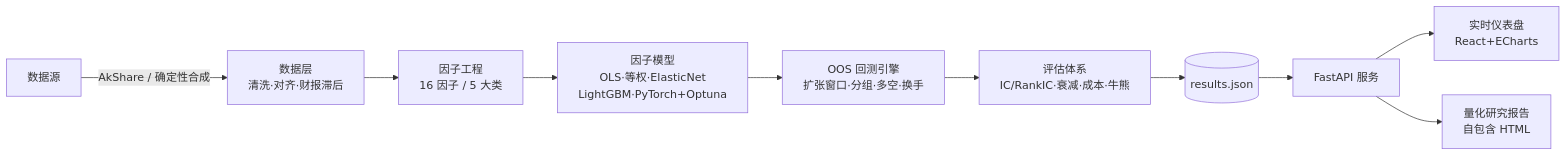
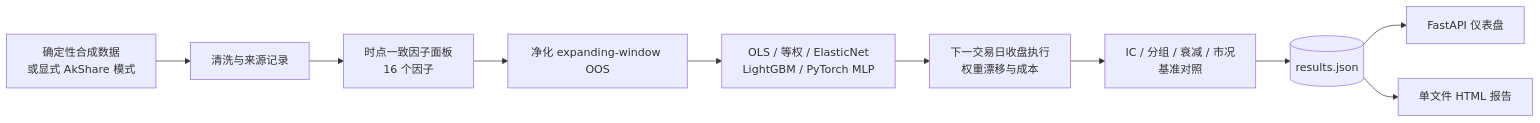
One commit to dev-belly/ashare-multifactor-research changed the diagram in README.zh-CN.md. Above: the diagram before and after it, drawn with Mermaid. The commit also changed other lines of this file and 62 other files, not shown here.

````diff
--- a/README.zh-CN.md
+++ b/README.zh-CN.md
@@ -63,12 +45,12 @@
 ```mermaid
 flowchart LR
-    A[数据源] -->|AkShare / 确定性合成| B[数据层<br/>清洗·对齐·财报滞后]
-    B --> C[因子工程<br/>16 因子 / 5 大类]
-    C --> D[因子模型<br/>OLS·等权·ElasticNet<br/>LightGBM·PyTorch+Optuna]
-    D --> E[OOS 回测引擎<br/>扩张窗口·分组·多空·换手]
-    E --> F[评估体系<br/>IC/RankIC·衰减·成本·牛熊]
-    F --> G[(results.json)]
-    G --> H[FastAPI 服务]
-    H --> I[实时仪表盘<br/>React+ECharts]
-    H --> J[量化研究报告<br/>自包含 HTML]
+    A[确定性合成数据<br/>或显式 AkShare 模式] --> B[清洗与来源记录]
+    B --> C[时点一致因子面板<br/>16 个因子]
+    C --> D[净化 expanding-window OOS]
+    D --> E[OLS / 等权 / ElasticNet<br/>LightGBM / PyTorch MLP]
+    E --> F[下一交易日收盘执行<br/>权重漂移与成本]
+    F --> G[IC / 分组 / 衰减 / 市况<br/>基准对照]
+    G --> H[(results.json)]
+    H --> I[FastAPI 仪表盘]
+    H --> J[单文件 HTML 报告]
 ```
````
